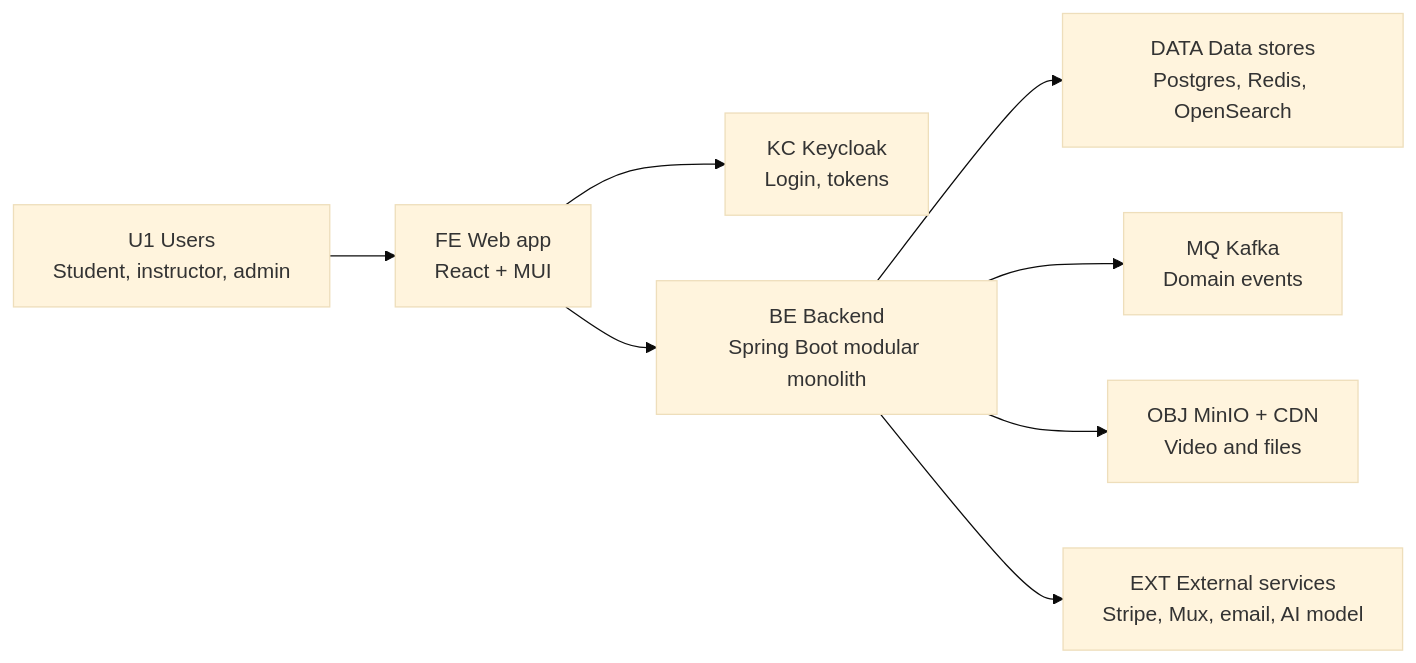
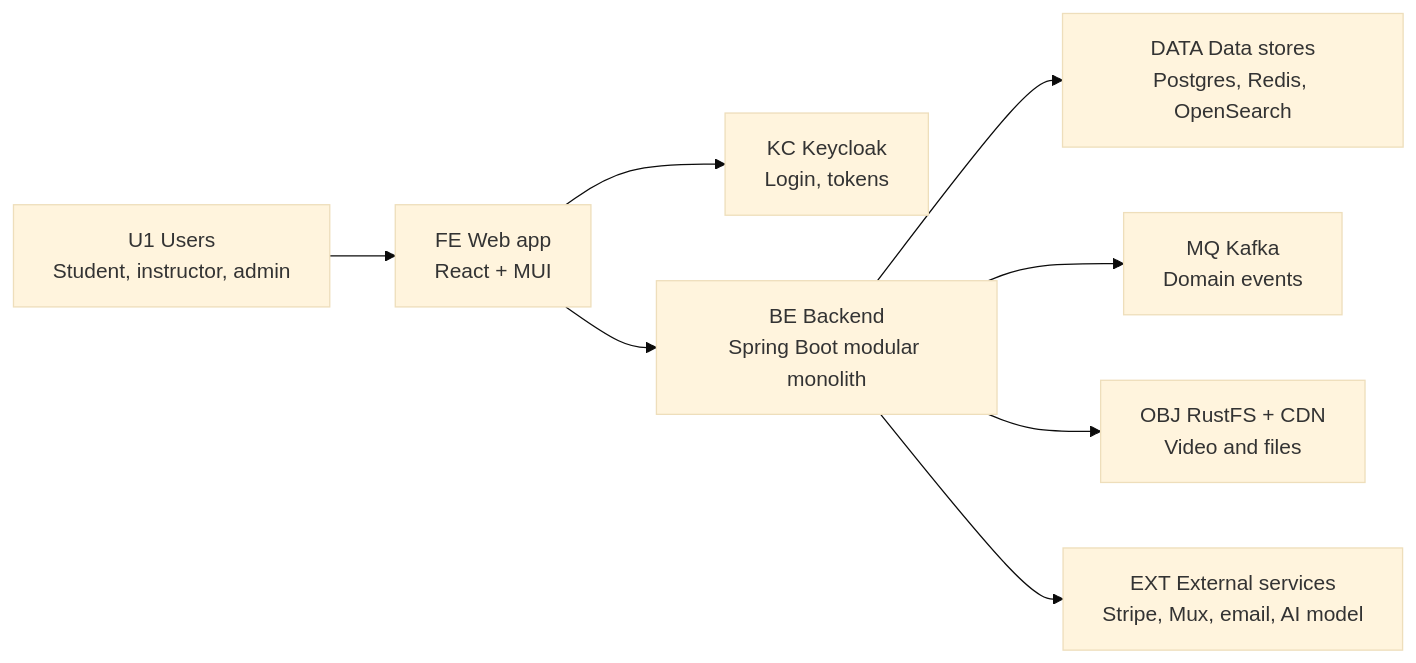
One commit to duynvh/udemy-platform changed the first of 8 diagrams in docs/architecture.md. Above: the diagram before and after it, drawn with Mermaid (base theme). The commit also changed other lines of this file and 13 other files, not shown here.

First line of the commit message:
T06: Podman Compose data stores; replace MinIO with RustFS

````diff
--- a/docs/architecture.md
+++ b/docs/architecture.md
@@ -109,10 +109,10 @@
 ```mermaid
 flowchart LR
     U1["U1 Users<br/>Student, instructor, admin"] --> FE["FE Web app<br/>React + MUI"]
     FE --> KC["KC Keycloak<br/>Login, tokens"]
     FE --> BE["BE Backend<br/>Spring Boot modular monolith"]
     BE --> DATA["DATA Data stores<br/>Postgres, Redis, OpenSearch"]
     BE --> MQ["MQ Kafka<br/>Domain events"]
-    BE --> OBJ["OBJ MinIO + CDN<br/>Video and files"]
+    BE --> OBJ["OBJ RustFS + CDN<br/>Video and files"]
     BE --> EXT["EXT External services<br/>Stripe, Mux, email, AI model"]
 ```
````
